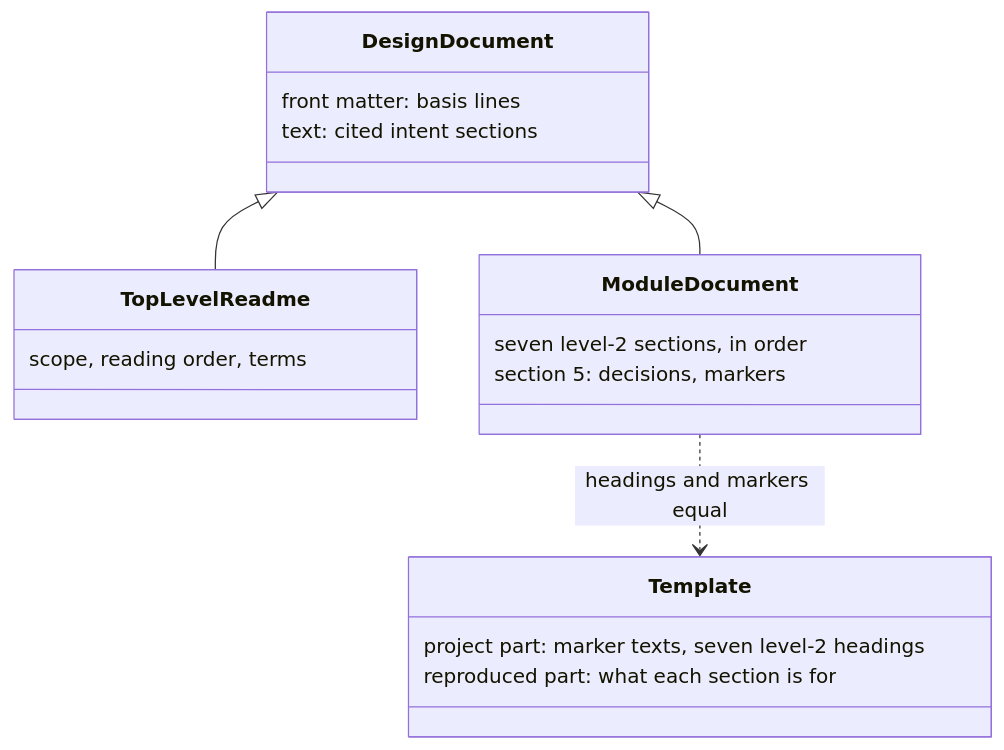
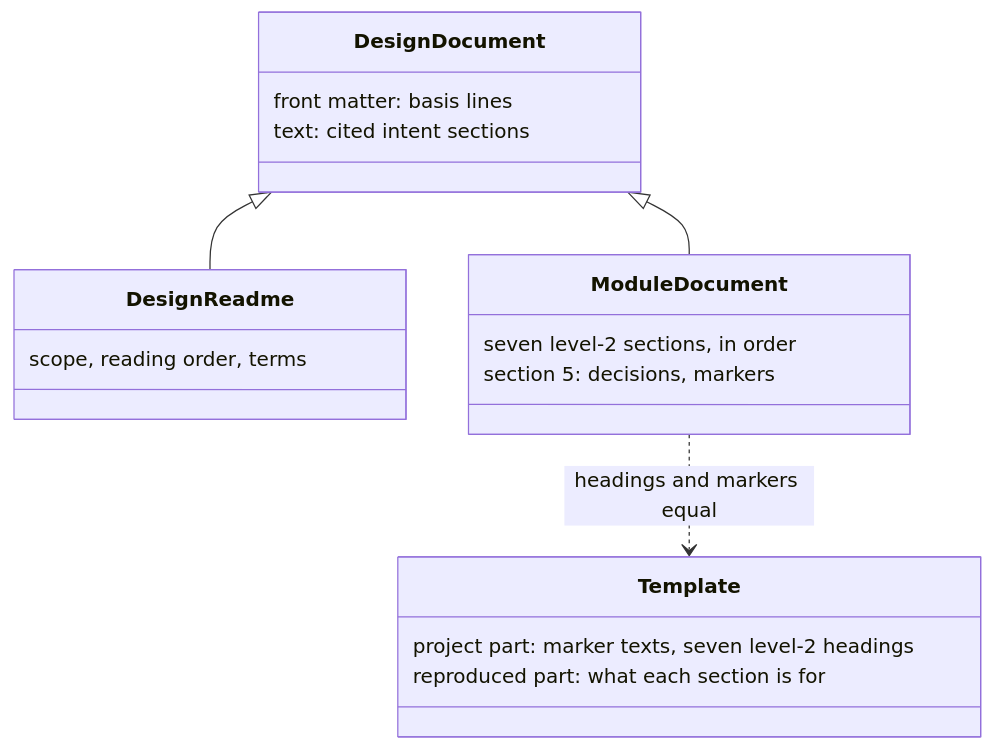
The first of 2 diagrams in docs/design/design-docs.md (jheun66/plumbline), drawn with Mermaid before and after one commit. The commit also changed other lines of this file and 19 other files, not shown here.

````diff
--- a/docs/design/design-docs.md
+++ b/docs/design/design-docs.md
@@ -91,21 +91,21 @@
 ```mermaid
 classDiagram
   class DesignDocument {
     front matter: basis lines
     text: cited intent sections
   }
-  class TopLevelReadme {
+  class DesignReadme {
     scope, reading order, terms
   }
   class ModuleDocument {
     seven level-2 sections, in order
     section 5: decisions, markers
   }
   class Template {
     project part: marker texts, seven level-2 headings
     reproduced part: what each section is for
   }
-  DesignDocument <|-- TopLevelReadme
+  DesignDocument <|-- DesignReadme
   DesignDocument <|-- ModuleDocument
   ModuleDocument ..> Template : headings and markers equal
 ```
````
